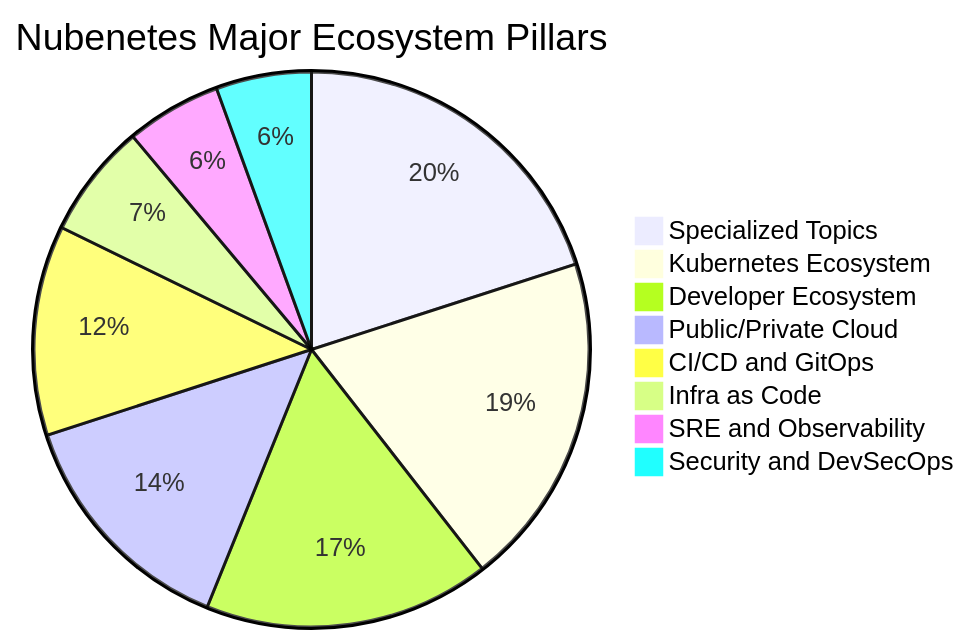
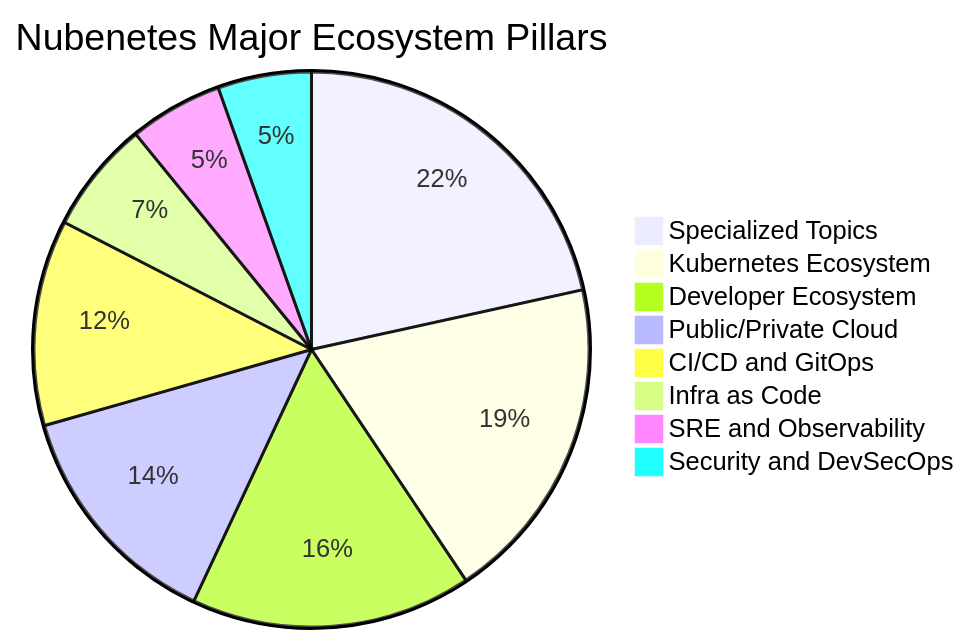
Before and after one commit to sec-js/awesome-kubernetes: the second of 10 diagrams in README.md, drawn with Mermaid. The commit also changed other lines of this file and 2 other files, not shown here.

````diff
--- a/README.md
+++ b/README.md
@@ -219,11 +219,11 @@
 ```mermaid
 pie title Nubenetes Major Ecosystem Pillars
-    "Specialized Topics" : 3606
+    "Specialized Topics" : 3956
     "Kubernetes Ecosystem" : 3500
     "Developer Ecosystem" : 3000
     "Public/Private Cloud" : 2500
     "CI/CD and GitOps" : 2200
     "Infra as Code" : 1200
     "SRE and Observability" : 1000
     "Security and DevSecOps" : 1000
 ```
````
